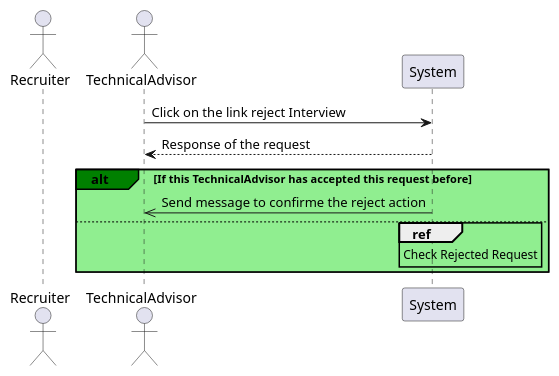
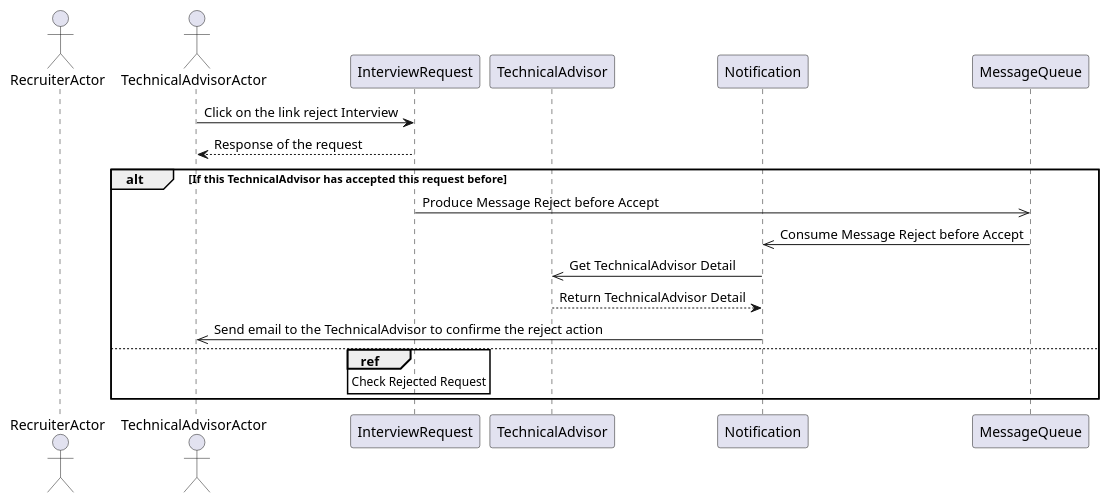
One commit to iBoukhenna/interview-managment-system changed the diagram in documents/3-sequance/5-sequance_diagram_reject_interview_before_accept.puml. Above: the diagram before and after it, drawn with PlantUML. The commit also changed 42 other files, not shown here.

```diff
--- a/documents/3-sequance/5-sequance_diagram_reject_interview_before_accept.puml
+++ b/documents/3-sequance/5-sequance_diagram_reject_interview_before_accept.puml
@@ -1,16 +1,23 @@
 @startuml
-actor Recruiter
-actor TechnicalAdvisor
-participant System
+actor RecruiterActor
+actor TechnicalAdvisorActor
+participant InterviewRequest
+participant TechnicalAdvisor
+participant Notification
+participant MessageQueue
 
-TechnicalAdvisor -> System: Click on the link reject Interview
-System --> TechnicalAdvisor: Response of the request
-alt#Green #LightGreen If this TechnicalAdvisor has accepted this request before
-    System ->> TechnicalAdvisor: Send message to confirme the reject action
-else #LightGreen
-    ref over System
+TechnicalAdvisorActor -> InterviewRequest: Click on the link reject Interview
+InterviewRequest --> TechnicalAdvisorActor: Response of the request
+alt If this TechnicalAdvisor has accepted this request before
+    InterviewRequest ->> MessageQueue: Produce Message Reject before Accept
+    Notification <<- MessageQueue: Consume Message Reject before Accept
+    Notification ->> TechnicalAdvisor: Get TechnicalAdvisor Detail
+    TechnicalAdvisor --> Notification: Return TechnicalAdvisor Detail
+    Notification ->> TechnicalAdvisorActor: Send email to the TechnicalAdvisor to confirme the reject action
+else
+    ref over InterviewRequest
         Check Rejected Request
     end ref
 end
 
 @enduml
```
